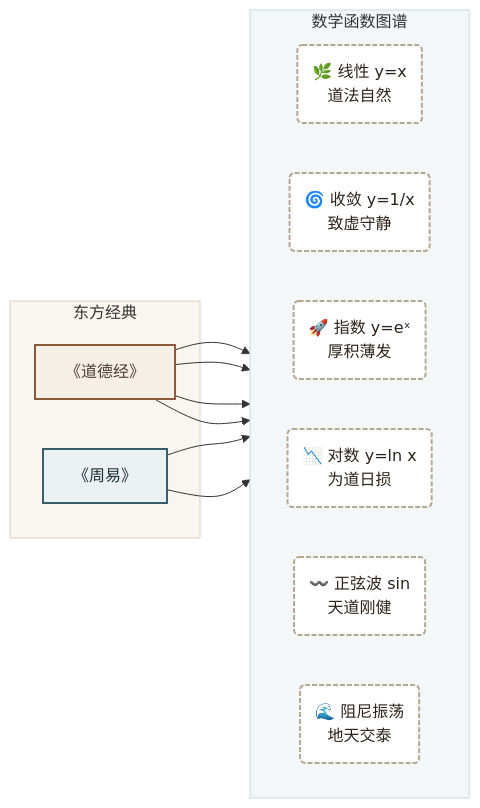
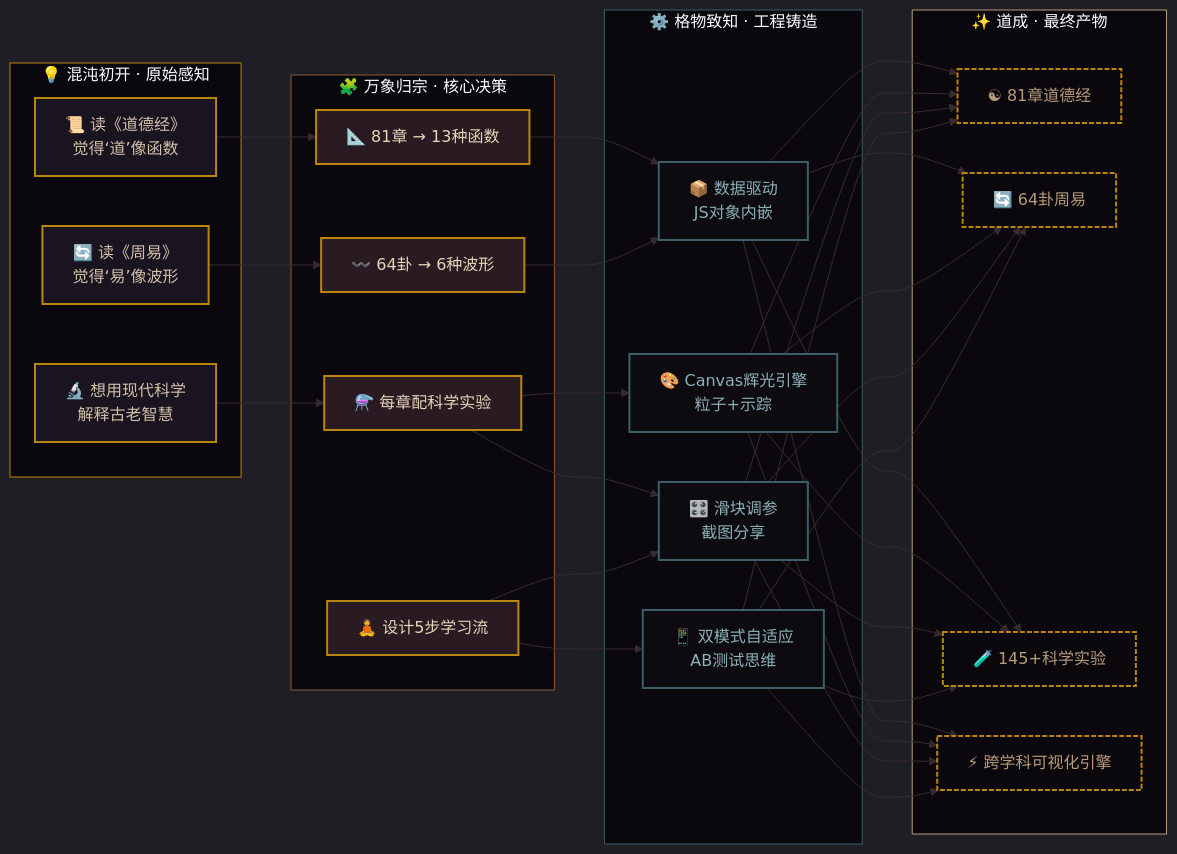
Before and after one commit to HelloMInd-star/The-Dao-of-Functions: the first of 4 diagrams in README.md, drawn with Mermaid. The commit also changed other lines of this file, not shown here.

````diff
--- a/README.md
+++ b/README.md
@@ -20,33 +96,57 @@
 ```mermaid
+%%{init: {'theme': 'dark', 'themeVariables': {
+  'background': '#0a080c',
+  'primaryColor': '#b8860b',
+  'primaryBorderColor': '#b8860b',
+  'primaryTextColor': '#d4c0a8',
+  'secondaryColor': '#1a1420',
+  'tertiaryColor': '#0e0b10',
+  'lineColor': '#3a2a30'
+}}}%%
 graph LR
-    %% 样式定义
-    classDef dao fill:#f5efe6,stroke:#8a5a3b,stroke-width:2px,color:#4a3f35;
-    classDef yi fill:#eaf1f2,stroke:#3b5e6b,stroke-width:2px,color:#1e2c33;
-    classDef func fill:#ffffff,stroke:#b7a692,stroke-width:2px,stroke-dasharray: 5 2,color:#2d241c;
+    classDef idea fill:#1a1420,stroke:#b8860b,stroke-width:2px,color:#d4c0a8;
+    classDef decision fill:#2a1a22,stroke:#b8860b,stroke-width:2px,color:#e8d4b8;
+    classDef tech fill:#0e0b10,stroke:#3b5e6b,stroke-width:2px,color:#8ab0b8;
+    classDef output fill:#0a080c,stroke:#b8860b,stroke-width:2px,color:#b89a7a,stroke-dasharray:5 2;
 
-    subgraph 东方经典
-        A1[《道德经》]:::dao
-        A2[《周易》]:::yi
+    subgraph 灵感层[💡 混沌初开 · 原始感知]
+        A1["📜 读《道德经》<br>觉得‘道’像函数"]:::idea
+        A2["🔄 读《周易》<br>觉得‘易’像波形"]:::idea
+        A3["🔬 想用现代科学<br>解释古老智慧"]:::idea
     end
 
-    subgraph 数学函数图谱
-        direction LR
-        B1(🌿 线性 y=x<br>道法自然):::func
-        B2(🌀 收敛 y=1/x<br>致虚守静):::func
-        B3(🚀 指数 y=eˣ<br>厚积薄发):::func
-        B4(📉 对数 y=ln x<br>为道日损):::func
-        B5(〰️ 正弦波 sin<br>天道刚健):::func
-        B6(🌊 阻尼振荡<br>地天交泰):::func
+    subgraph 抽象层[🧩 万象归宗 · 核心决策]
+        B1["📐 81章 → 13种函数"]:::decision
+        B2["〰️ 64卦 → 6种波形"]:::decision
+        B3["⚗️ 每章配科学实验"]:::decision
+        B4["🧘 设计5步学习流"]:::decision
+    end
+
+    subgraph 落地层[⚙️ 格物致知 · 工程铸造]
+        C1["📦 数据驱动<br>JS对象内嵌"]:::tech
+        C2["🎨 Canvas辉光引擎<br>粒子+示踪"]:::tech
+        C3["🎛️ 滑块调参<br>截图分享"]:::tech
+        C4["📱 双模式自适应<br>AB测试思维"]:::tech
+    end
+
+    subgraph 成果层[✨ 道成 · 最终产物]
+        D1["☯ 81章道德经"]:::output
+        D2["🔄 64卦周易"]:::output
+        D3["🧪 145+科学实验"]:::output
+        D4["⚡ 跨学科可视化引擎"]:::output
     end
 
     A1 --> B1
-    A1 --> B2
-    A1 --> B3
-    A1 --> B4
-    A2 --> B5
-    A2 --> B6
-    
-    %% 添加背景高亮
-    style 东方经典 fill:#f9f6f0,stroke:#ddd0c0,stroke-width:1px
-    style 数学函数图谱 fill:#f4f7f8,stroke:#c8dadd,stroke-width:1px
+    A2 --> B2
+    A3 --> B3
+    B1 --> C1
+    B2 --> C1
+    B3 --> C2 & C3
+    B4 --> C3 & C4
+    C1 & C2 & C3 & C4 --> D1 & D2 & D3 & D4
+
+    style 灵感层 fill:#0a080c,stroke:#b8860b,stroke-width:1px
+    style 抽象层 fill:#0a080c,stroke:#8a5a3b,stroke-width:1px
+    style 落地层 fill:#0a080c,stroke:#3b5e6b,stroke-width:1px
+    style 成果层 fill:#0a080c,stroke:#b89a7a,stroke-width:1px
 ```
````
